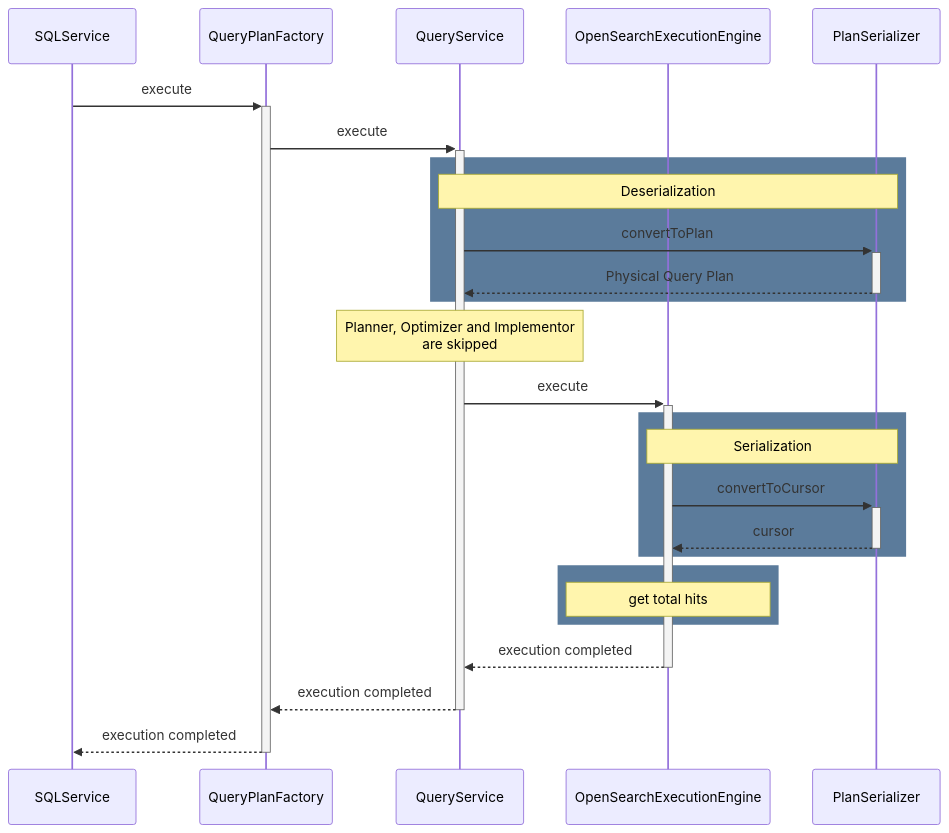
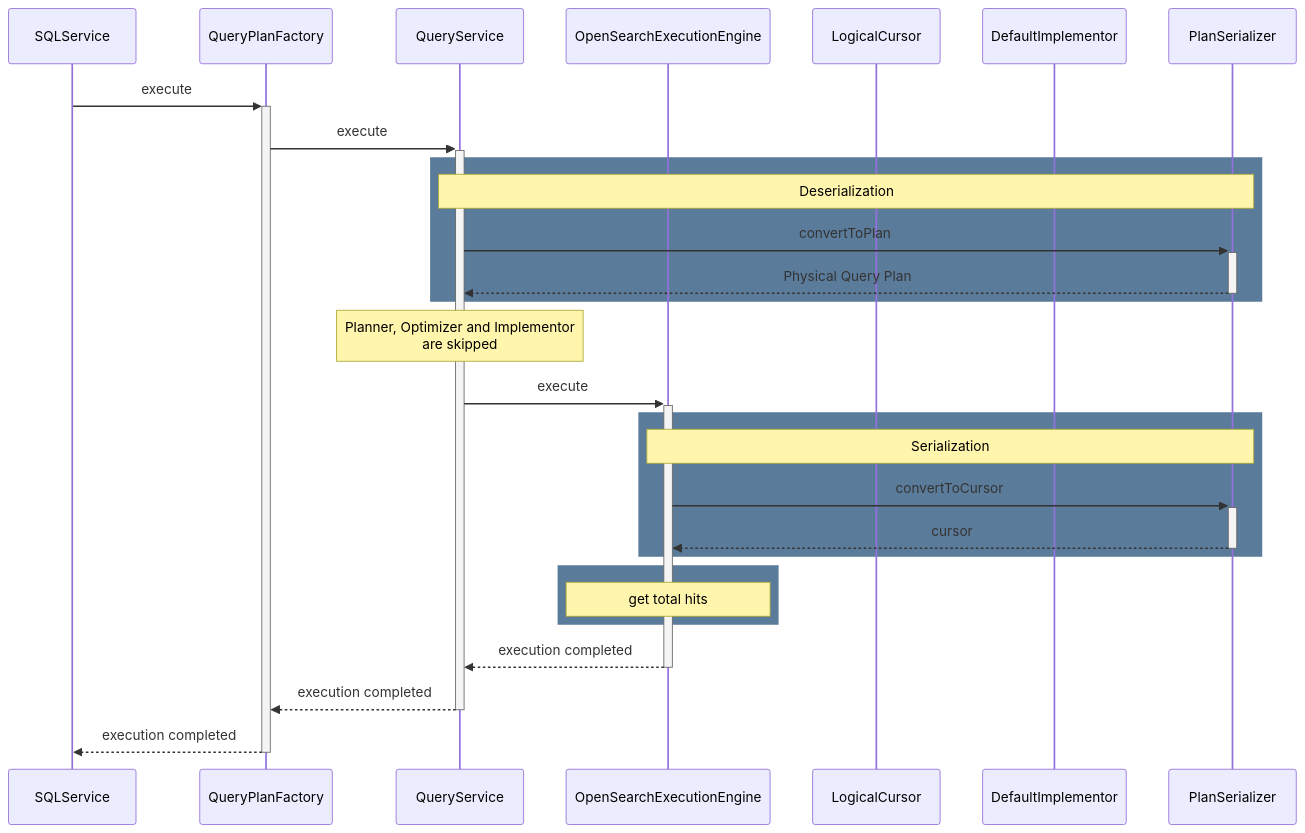
Before and after one commit to opensearch-project/sql: diagram 13 of 18 in docs/dev/Pagination-v2.md, drawn with Mermaid. The commit also changed other lines of this file and 10 other files, not shown here.

````diff
--- a/docs/dev/Pagination-v2.md
+++ b/docs/dev/Pagination-v2.md
@@ -501,29 +501,31 @@
 ```mermaid
 sequenceDiagram
     participant SQLService
     participant QueryPlanFactory
     participant QueryService
     participant OpenSearchExecutionEngine
+    participant LogicalCursor
+    participant DefaultImplementor
     participant PlanSerializer
 
 SQLService ->>+ QueryPlanFactory : execute
   QueryPlanFactory ->>+ QueryService : execute
     rect rgb(91, 123, 155)
     note over QueryService, PlanSerializer : Deserialization
     QueryService ->>+ PlanSerializer: convertToPlan
       PlanSerializer -->>- QueryService: Physical Query Plan
     end
     Note over QueryService : Planner, Optimizer and Implementor<br />are skipped
     QueryService ->>+ OpenSearchExecutionEngine : execute
       rect rgb(91, 123, 155)
       note over OpenSearchExecutionEngine, PlanSerializer : Serialization
       OpenSearchExecutionEngine ->>+ PlanSerializer : convertToCursor
         PlanSerializer -->>- OpenSearchExecutionEngine : cursor
       end
       rect rgb(91, 123, 155)
       Note over OpenSearchExecutionEngine : get total hits
       end
       OpenSearchExecutionEngine -->>- QueryService: execution completed
     QueryService -->>- QueryPlanFactory : execution completed
   QueryPlanFactory -->>- SQLService : execution completed
 ```
````
